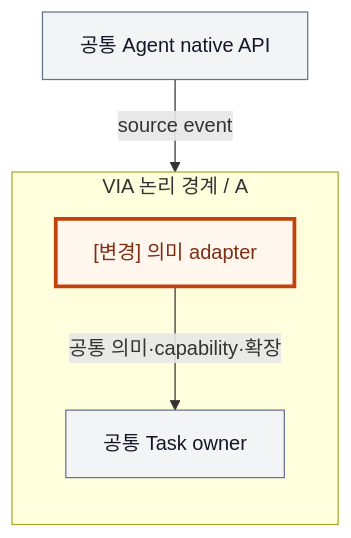
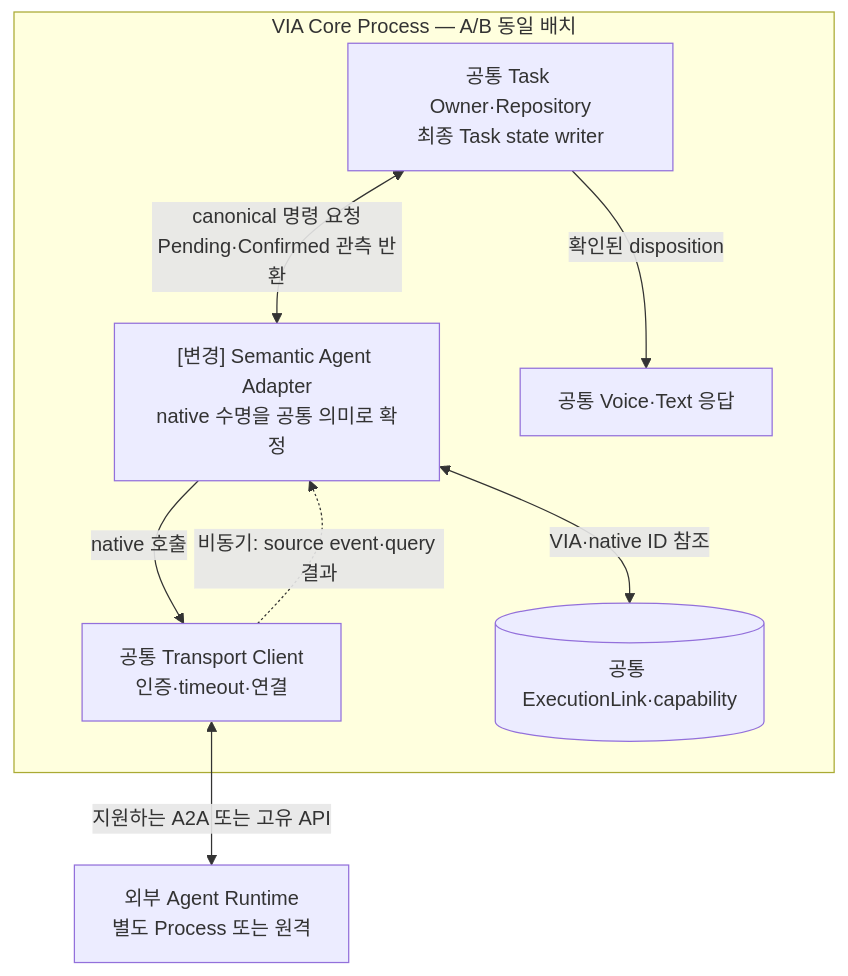
One commit to cbyche/via-sw-architecture changed the second of 3 diagrams in docs/architecture/12-decisions/via-dp-09-agent-semantics.md. Above: the diagram before and after it, drawn with Mermaid. The commit also changed other lines of this file and 59 other files, not shown here.

Commit message:
docs: consolidate comprehensive VIA decision inventory and implementation diagrams

````diff
--- a/docs/architecture/12-decisions/via-dp-09-agent-semantics.md
+++ b/docs/architecture/12-decisions/via-dp-09-agent-semantics.md
@@ -44,13 +52,11 @@
 ```mermaid
 flowchart TB
- G["공통 Agent native API"] -->|source event| E
- subgraph V["VIA 논리 경계 / A"]
- direction TB
- E["[변경] 의미 adapter"] -->|공통 의미·capability·확장| C["공통 Task owner"]
+ subgraph V["VIA Core Process — A/B 동일 배치"]
+ T["공통 Task Owner·Repository<br/>최종 Task state writer"] <-->|"canonical 명령 요청<br/>Pending·Confirmed 관측 반환"| E["[변경] Semantic Agent Adapter<br/>native 수명을 공통 의미로 확정"]
+ E -->|"native 호출"| C["공통 Transport Client<br/>인증·timeout·연결"]
+ C -.->|"비동기: source event·query 결과"| E
+ E <-->|"VIA·native ID 참조"| K[("공통 ExecutionLink·capability")]
+ T -->|"확인된 disposition"| P["공통 Voice·Text 응답"]
  end
-
-classDef common fill:#F3F4F6,stroke:#64748B,color:#111827;
-classDef change fill:#FFF7ED,stroke:#C2410C,stroke-width:3px,color:#7C2D12;
-class G,C common;
-class E change;
+ C <-->|"지원하는 A2A 또는 고유 API"| G["외부 Agent Runtime<br/>별도 Process 또는 원격"]
 ```
````
